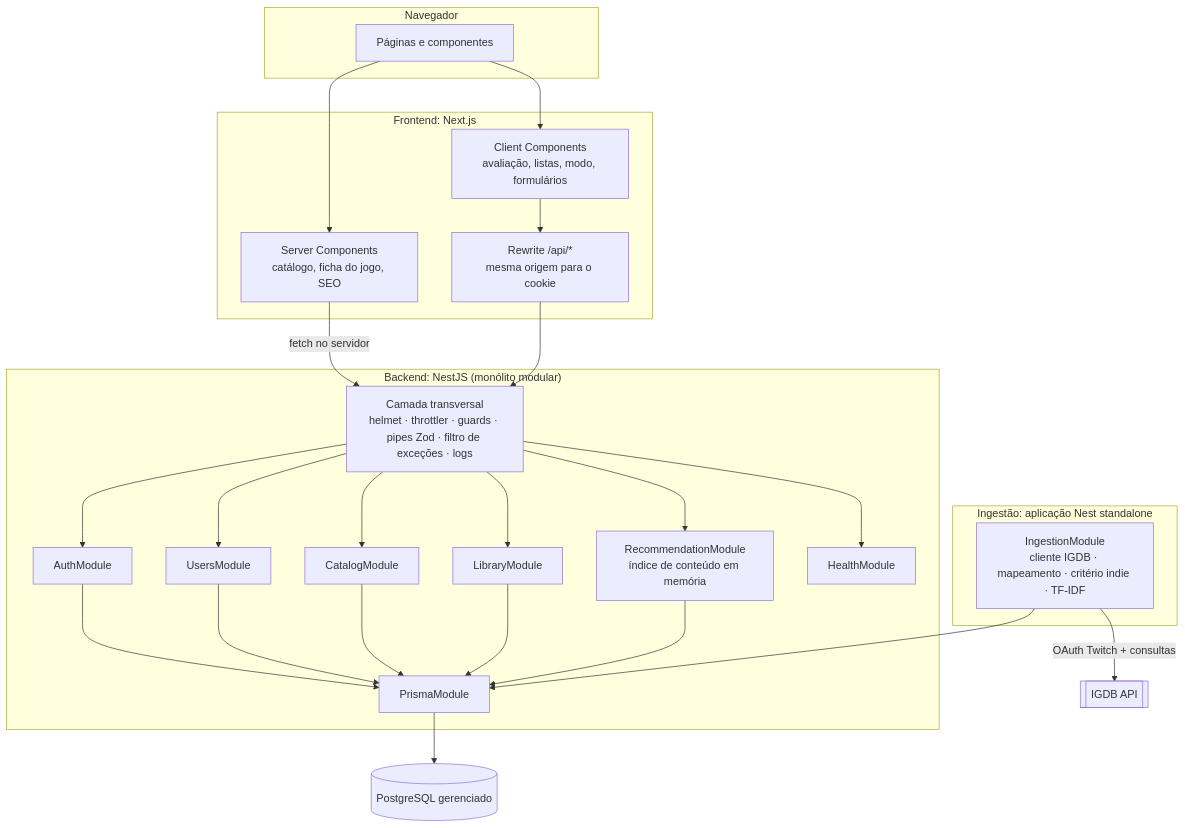
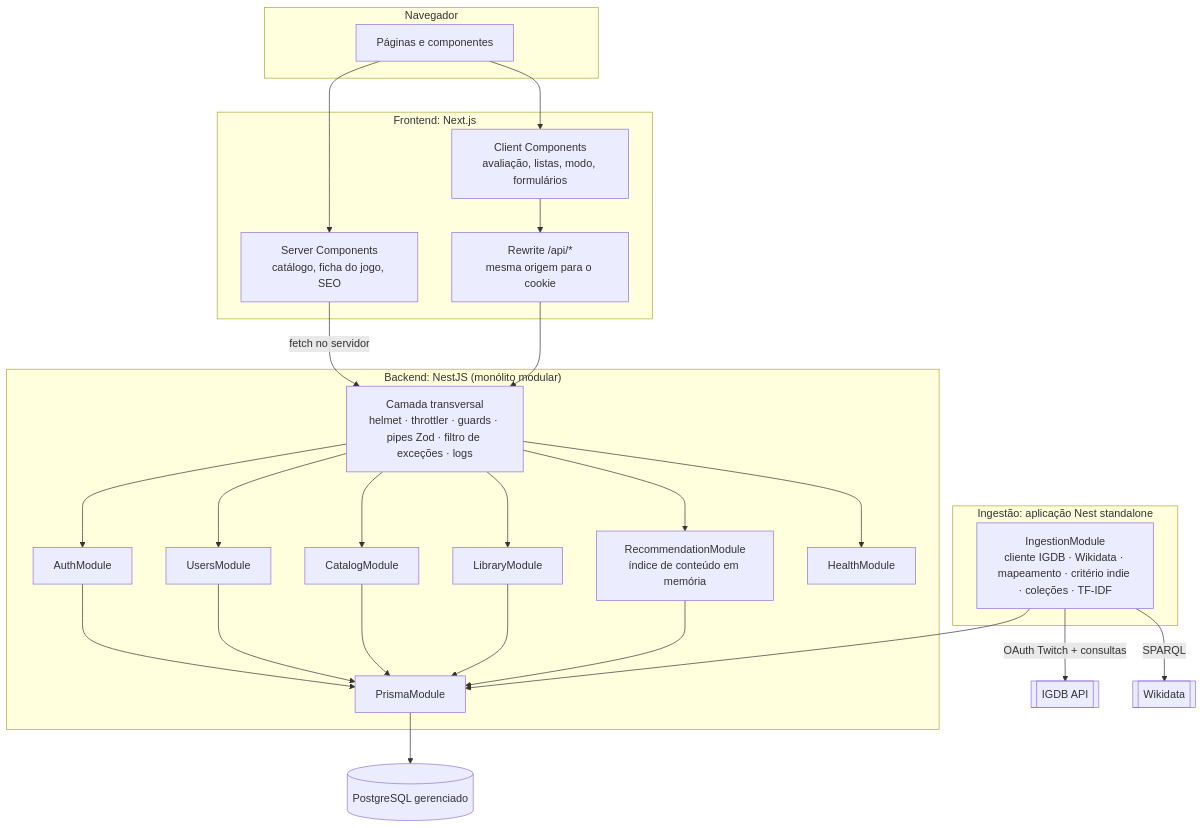
The second of 6 diagrams in docs/proposta-tecnica.md (vicgopfert/indie-discovery), drawn with Mermaid before and after one commit. The commit also changed other lines of this file and 12 other files, not shown here.

````diff
--- a/docs/proposta-tecnica.md
+++ b/docs/proposta-tecnica.md
@@ -536,36 +545,38 @@
 ```mermaid
 flowchart TB
     subgraph cliente["Navegador"]
         ui["Páginas e componentes"]
     end
     subgraph front["Frontend: Next.js"]
         rsc["Server Components<br/>catálogo, ficha do jogo, SEO"]
         rcc["Client Components<br/>avaliação, listas, modo, formulários"]
         proxy["Rewrite /api/*<br/>mesma origem para o cookie"]
     end
     subgraph back["Backend: NestJS (monólito modular)"]
         glob["Camada transversal<br/>helmet · throttler · guards · pipes Zod · filtro de exceções · logs"]
         auth["AuthModule"]
         users["UsersModule"]
         catalog["CatalogModule"]
         library["LibraryModule"]
         reco["RecommendationModule<br/>índice de conteúdo em memória"]
         health["HealthModule"]
         prisma["PrismaModule"]
     end
     subgraph jobs["Ingestão: aplicação Nest standalone"]
-        ing["IngestionModule<br/>cliente IGDB · mapeamento · critério indie · TF-IDF"]
+        ing["IngestionModule<br/>cliente IGDB · Wikidata · mapeamento · critério indie · coleções · TF-IDF"]
     end
     db[("PostgreSQL gerenciado")]
     igdb[["IGDB API"]]
+    wd[["Wikidata"]]
     ui --> rsc
     ui --> rcc
     rcc --> proxy
     rsc -->|"fetch no servidor"| glob
     proxy --> glob
     glob --> auth & users & catalog & library & reco & health
     auth & users & catalog & library & reco --> prisma
     prisma --> db
     ing -->|"OAuth Twitch + consultas"| igdb
+    ing -->|"SPARQL"| wd
     ing --> prisma
 ```
````
